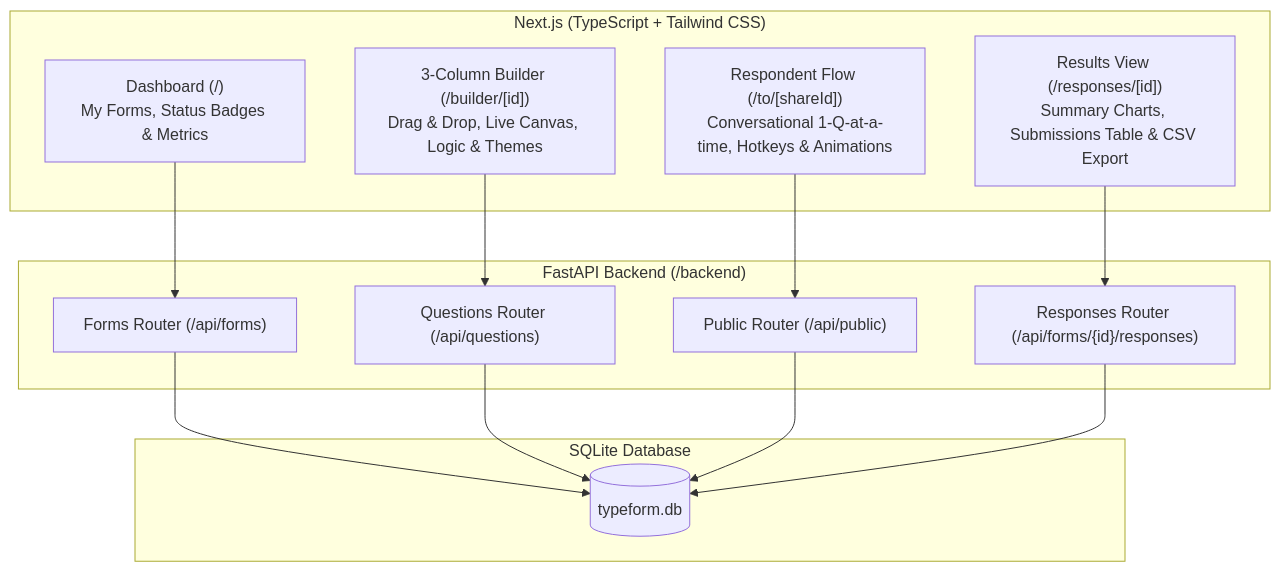
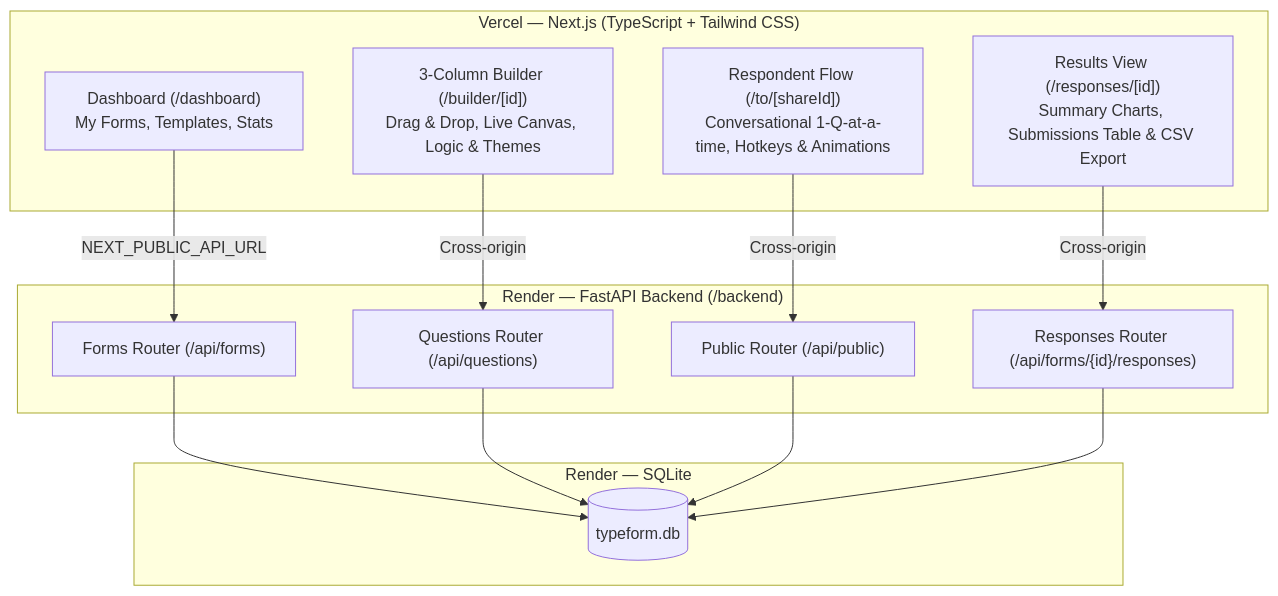
The first of 2 diagrams in README.md (Yousuf-Wizdan/TypeForm), drawn with Mermaid before and after one commit. The commit also changed other lines of this file, not shown here.

````diff
--- a/README.md
+++ b/README.md
@@ -33,30 +45,30 @@
 ```mermaid
 graph TD
-    subgraph Frontend ["Next.js (TypeScript + Tailwind CSS)"]
-        Dashboard["Dashboard (/)\nMy Forms, Status Badges & Metrics"]
+    subgraph Frontend ["Vercel — Next.js (TypeScript + Tailwind CSS)"]
+        Dashboard["Dashboard (/dashboard)\nMy Forms, Templates, Stats"]
         Builder["3-Column Builder (/builder/[id])\nDrag & Drop, Live Canvas, Logic & Themes"]
         Respondent["Respondent Flow (/to/[shareId])\nConversational 1-Q-at-a-time, Hotkeys & Animations"]
         Analytics["Results View (/responses/[id])\nSummary Charts, Submissions Table & CSV Export"]
     end
 
-    subgraph Backend ["FastAPI Backend (/backend)"]
+    subgraph Backend ["Render — FastAPI Backend (/backend)"]
         FormsAPI["Forms Router (/api/forms)"]
         QuestionsAPI["Questions Router (/api/questions)"]
         PublicAPI["Public Router (/api/public)"]
         ResponsesAPI["Responses Router (/api/forms/{id}/responses)"]
     end
 
-    subgraph Database ["SQLite Database"]
+    subgraph Database ["Render — SQLite"]
         DB[(typeform.db)]
     end
 
-    Dashboard --> FormsAPI
-    Builder --> QuestionsAPI
-    Respondent --> PublicAPI
-    Analytics --> ResponsesAPI
+    Dashboard -->|"NEXT_PUBLIC_API_URL"| FormsAPI
+    Builder -->|Cross-origin| QuestionsAPI
+    Respondent -->|Cross-origin| PublicAPI
+    Analytics -->|Cross-origin| ResponsesAPI
     
     FormsAPI --> DB
     QuestionsAPI --> DB
     PublicAPI --> DB
     ResponsesAPI --> DB
 ```
````
